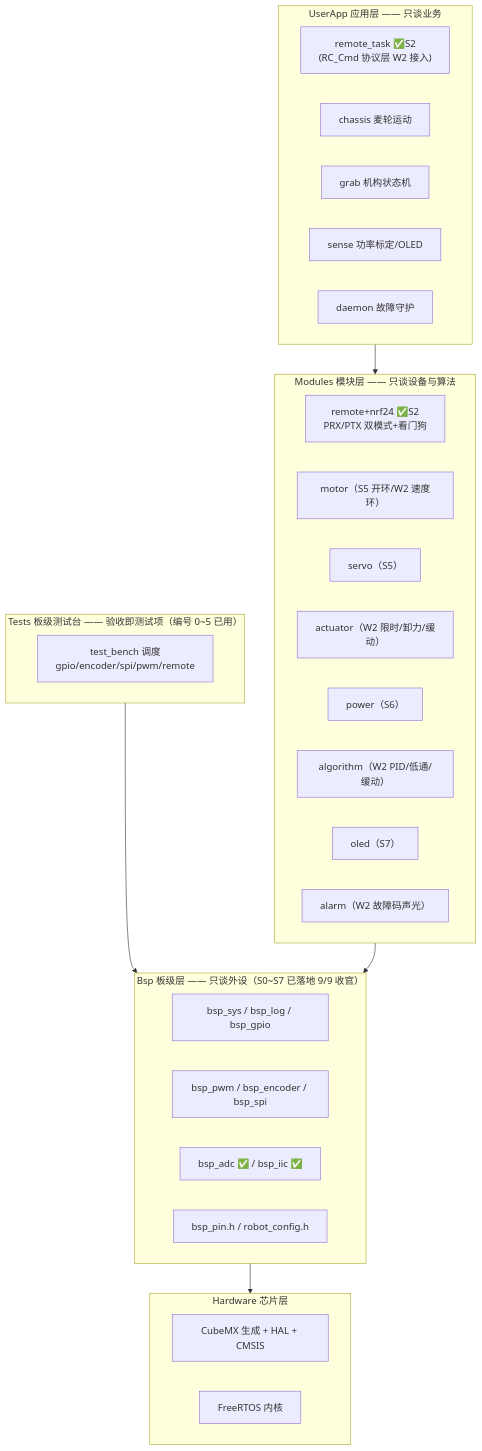
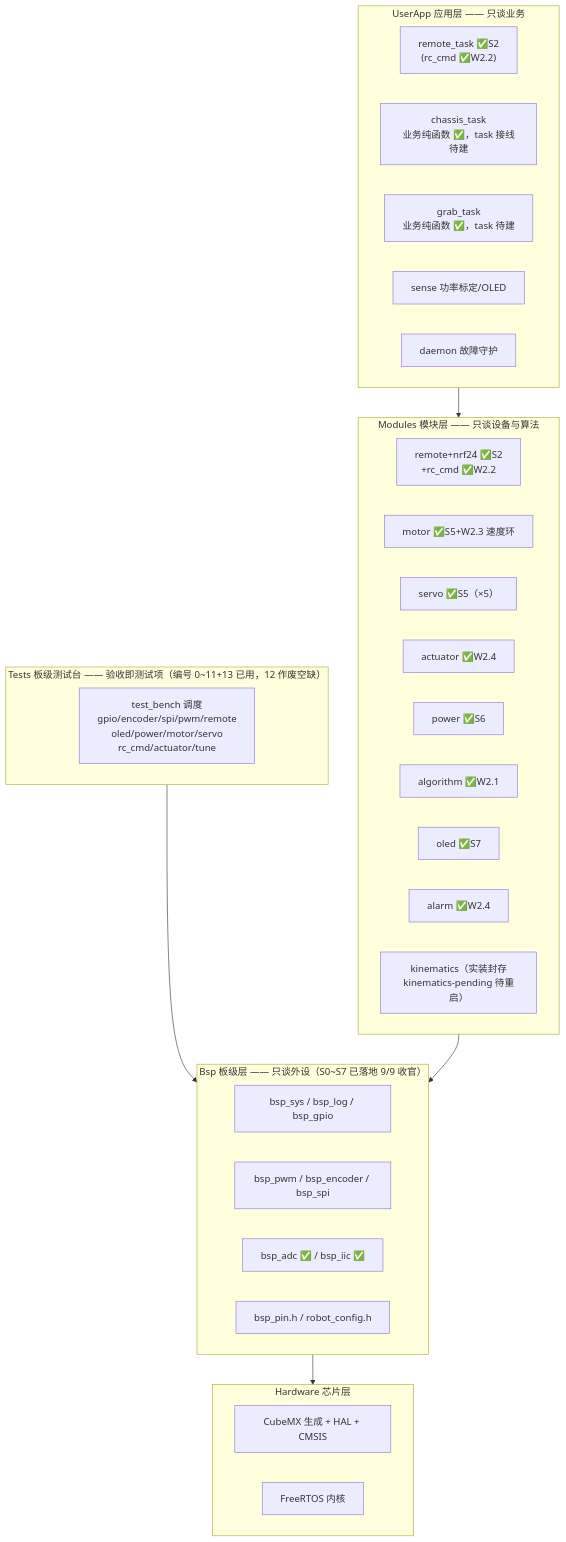
One commit to hcrchr99/Control27_Begin changed the diagram in docs/RM校内赛代码分层架构.md. Above: the diagram before and after it, drawn with Mermaid. The commit also changed other lines of this file and 5 other files, not shown here.

````diff
--- a/docs/RM校内赛代码分层架构.md
+++ b/docs/RM校内赛代码分层架构.md
@@ -31,37 +32,38 @@
 ```mermaid
 flowchart TD
     subgraph L4["UserApp 应用层 —— 只谈业务"]
-        A1["remote_task ✅S2<br>(RC_Cmd 协议层 W2 接入)"]
-        A2["chassis 麦轮运动"]
-        A3["grab 机构状态机"]
+        A1["remote_task ✅S2<br>(rc_cmd ✅W2.2)"]
+        A2["chassis_task<br>业务纯函数 ✅，task 接线待建"]
+        A3["grab_task<br>业务纯函数 ✅，task 待建"]
         A4["sense 功率标定/OLED"]
         A5["daemon 故障守护"]
     end
-    subgraph TB["Tests 板级测试台 —— 验收即测试项（编号 0~5 已用）"]
-        T1["test_bench 调度<br>gpio/encoder/spi/pwm/remote"]
+    subgraph TB["Tests 板级测试台 —— 验收即测试项（编号 0~11+13 已用，12 作废空缺）"]
+        T1["test_bench 调度<br>gpio/encoder/spi/pwm/remote<br>oled/power/motor/servo<br>rc_cmd/actuator/tune"]
     end
     subgraph L3["Modules 模块层 —— 只谈设备与算法"]
-        B1["remote+nrf24 ✅S2<br>PRX/PTX 双模式+看门狗"]
-        B2["motor（S5 开环/W2 速度环）"]
-        B3["servo（S5）"]
-        B4["actuator（W2 限时/卸力/缓动）"]
-        B5["power（S6）"]
-        B6["algorithm（W2 PID/低通/缓动）"]
-        B7["oled（S7）"]
-        B8["alarm（W2 故障码声光）"]
+        B1["remote+nrf24 ✅S2<br>+rc_cmd ✅W2.2"]
+        B2["motor ✅S5+W2.3 速度环"]
+        B3["servo ✅S5（×5）"]
+        B4["actuator ✅W2.4"]
+        B5["power ✅S6"]
+        B6["algorithm ✅W2.1"]
+        B7["oled ✅S7"]
+        B8["alarm ✅W2.4"]
+        B9["kinematics（实装封存<br>kinematics-pending 待重启）"]
     end
     subgraph L2["Bsp 板级层 —— 只谈外设（S0~S7 已落地 9/9 收官）"]
         C1["bsp_sys / bsp_log / bsp_gpio"]
         C2["bsp_pwm / bsp_encoder / bsp_spi"]
         C3["bsp_adc ✅ / bsp_iic ✅"]
         C4["bsp_pin.h / robot_config.h"]
     end
     subgraph L1["Hardware 芯片层"]
         D1["CubeMX 生成 + HAL + CMSIS"]
         D2["FreeRTOS 内核"]
     end
     L4 --> L3
     TB --> L2
     L3 --> L2
     L2 --> L1
 ```
````
